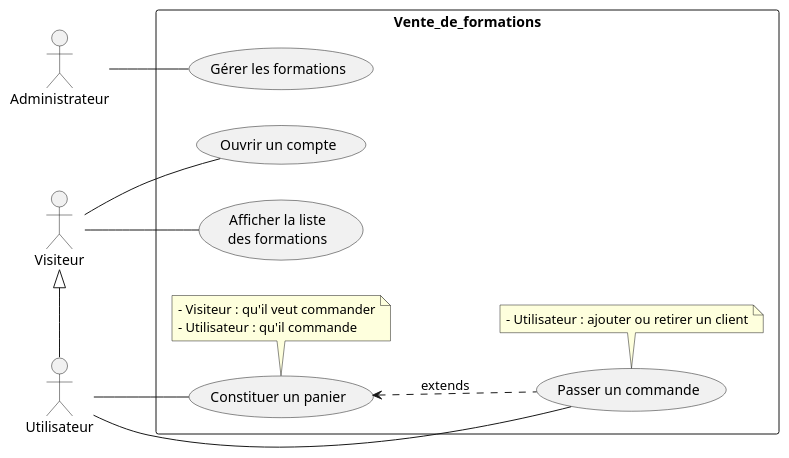
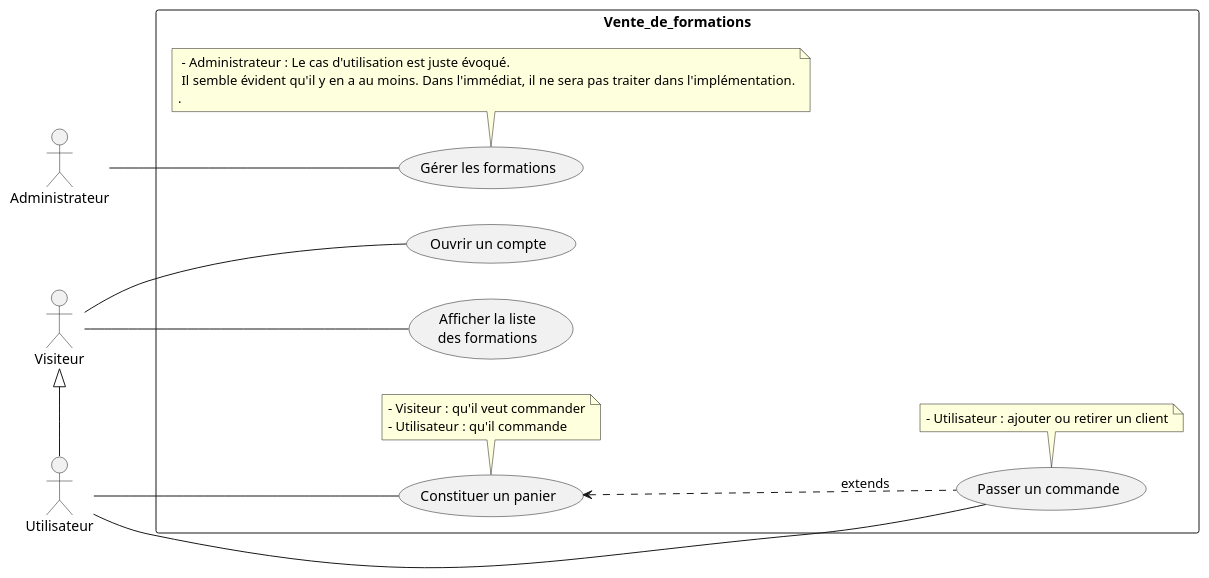
One commit to albanmartel/evaluation_metier_java changed the diagram in doc/uml/1-use_case/training_sales-use_case.puml. Above: the diagram before and after it, drawn with PlantUML.

Commit message:
UPDATE: training_sales-use_case.puml' mise à jour du diagramme de cas d'utilisation pour signaler que l'entitée Administrateur ne sera pas implémenté dans l'immédiat

```diff
--- a/doc/uml/1-use_case/training_sales-use_case.puml
+++ b/doc/uml/1-use_case/training_sales-use_case.puml
@@ -1,59 +1,65 @@
 @startuml Training Sales
 
 left to right direction
 /'
 *--------- Les acteurs ---------*
 '/
 actor Visiteur as av
 actor Utilisateur as cu
 actor Administrateur as za
 
 /'
 *--------- L'héritage ---------*
 '/
 
 av <|-right- cu
 
 /'
 *--------- Les Interactions ---------*
 '/
 
 rectangle Vente_de_formations {
   /'
 	*--------- Les Cas d'utilisation  ---------*
   '/
   usecase "Afficher la liste\ndes formations" as UC1
   usecase "Ouvrir un compte" as UC2
   usecase "Constituer un panier" as UC3
   usecase "Passer un commande" as UC4  
   usecase "Gérer les formations" as UC5
   
   /'
   *---------------Les notes et étiquettes ----------*
   '/
   note bottom of UC3
   - Visiteur : qu'il veut commander
   - Utilisateur : qu'il commande
   end note  
   
   note bottom of UC4
   - Utilisateur : ajouter ou retirer un client
   end note  
+  
+  note bottom of UC5
+  - Administrateur : Le cas d'utilisation est juste évoqué. 
+  Il semble évident qu'il y en a au moins. Dans l'immédiat, il  ne sera pas traiter dans l'implémentation.
+ .
+  end note
 }
 
 /'
 *--------- Les relations  ---------*
 '/
 
 av -- UC1
 av -- UC2
 cu -- UC3
 cu -- UC4
 za -- UC5
 
 /'
 *--------- Les extends  ---------*
 '/
 UC4 .up.> UC3 : extends
 
 @enduml
```
